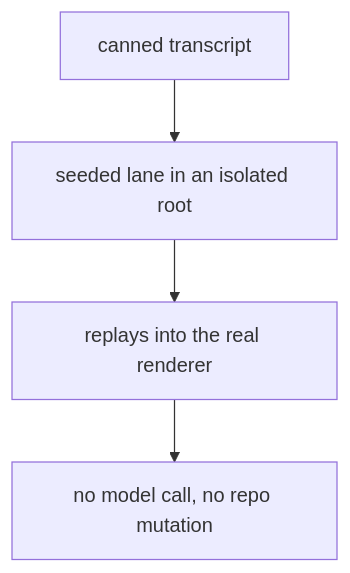
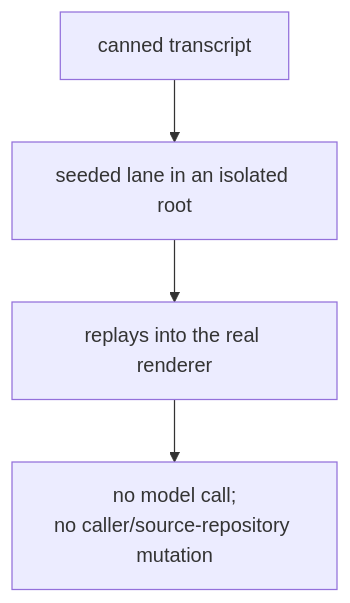
One commit to infimalabs/spice-rust changed the tenth of 13 diagrams in docs/product/interfaces.md. Above: the diagram before and after it, drawn with Mermaid. The commit also changed other lines of this file and 120 other files, not shown here.

````diff
--- a/docs/product/interfaces.md
+++ b/docs/product/interfaces.md
@@ -280,6 +280,6 @@
 ```mermaid
 flowchart TD
   C["canned transcript"] --> S["seeded lane in an isolated root"]
   S --> R["replays into the real renderer"]
-  R --> N["no model call, no repo mutation"]
+  R --> N["no model call;<br/>no caller/source-repository mutation"]
 ```
````
